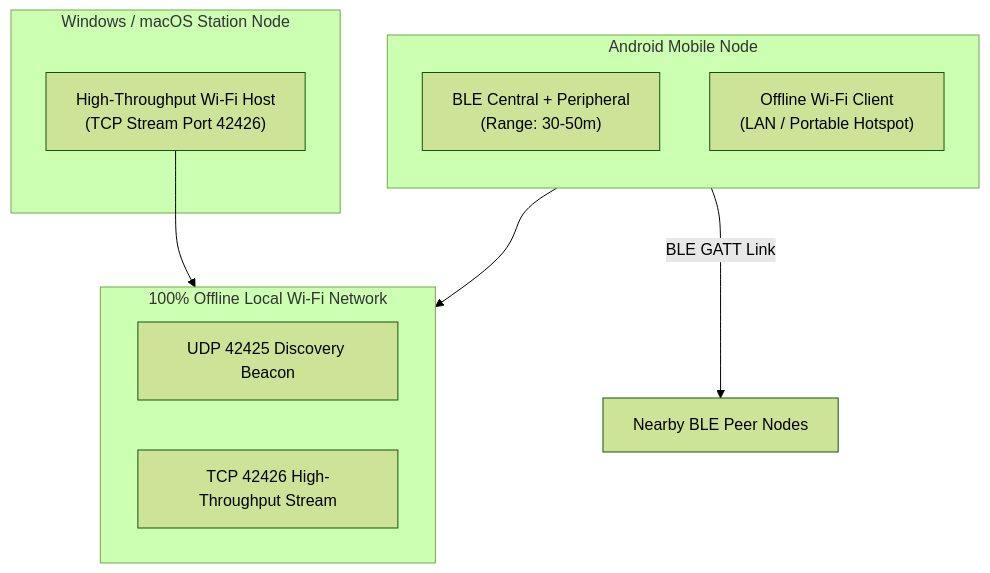
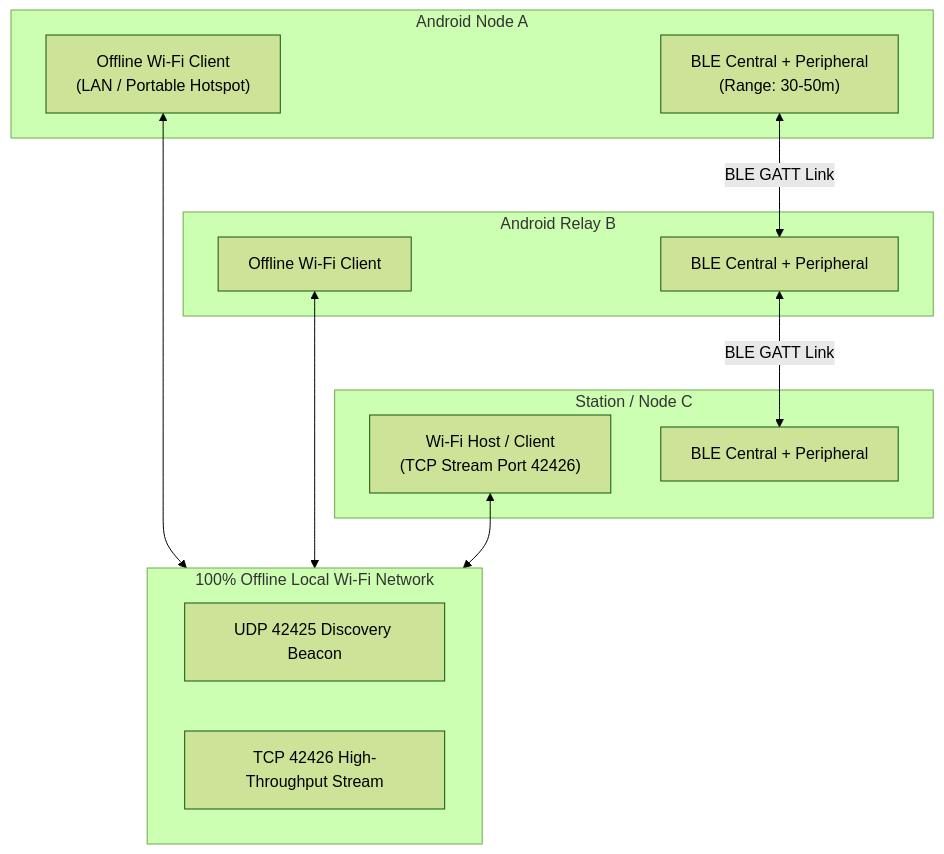
Before and after one commit to gintama1018/BIT-FOR-US: the diagram in README.md, drawn with Mermaid (forest theme). The commit also changed other lines of this file and 8 other files, not shown here.

Commit message:
docs: synchronize complete architecture, protocol, security, and testing suite

````diff
--- a/README.md
+++ b/README.md
@@ -74,21 +24,28 @@
 ```mermaid
 flowchart TD
-    subgraph Mobile["Android Mobile Node"]
-        direction TB
-        BLE_Node["BLE Central + Peripheral\n(Range: 30-50m)"]
-        WIFI_Mobile["Offline Wi-Fi Client\n(LAN / Portable Hotspot)"]
+    subgraph Mobile_A["Android Node A"]
+        BLE_A["BLE Central + Peripheral\n(Range: 30-50m)"]
+        WIFI_A["Offline Wi-Fi Client\n(LAN / Portable Hotspot)"]
     end
 
-    subgraph Station["Windows / macOS Station Node"]
-        WIFI_Station["High-Throughput Wi-Fi Host\n(TCP Stream Port 42426)"]
+    subgraph Relay_B["Android Relay B"]
+        BLE_B["BLE Central + Peripheral"]
+        WIFI_B["Offline Wi-Fi Client"]
     end
 
-    subgraph Shared_Net["100% Offline Local Wi-Fi Network"]
+    subgraph Station_C["Station / Node C"]
+        WIFI_C["Wi-Fi Host / Client\n(TCP Stream Port 42426)"]
+        BLE_C["BLE Central + Peripheral"]
+    end
+
+    subgraph Shared_WiFi["100% Offline Local Wi-Fi Network"]
         UDP_Disc["UDP 42425 Discovery Beacon"]
         TCP_Stream["TCP 42426 High-Throughput Stream"]
     end
 
-    BLE_Node -->|"BLE GATT Link"| NearbyPeers["Nearby BLE Peer Nodes"]
-    WIFI_Mobile --> Shared_Net
-    WIFI_Station --> Shared_Net
+    BLE_A <-->|"BLE GATT Link"| BLE_B
+    BLE_B <-->|"BLE GATT Link"| BLE_C
+    WIFI_A <--> Shared_WiFi
+    WIFI_B <--> Shared_WiFi
+    WIFI_C <--> Shared_WiFi
 ```
````
